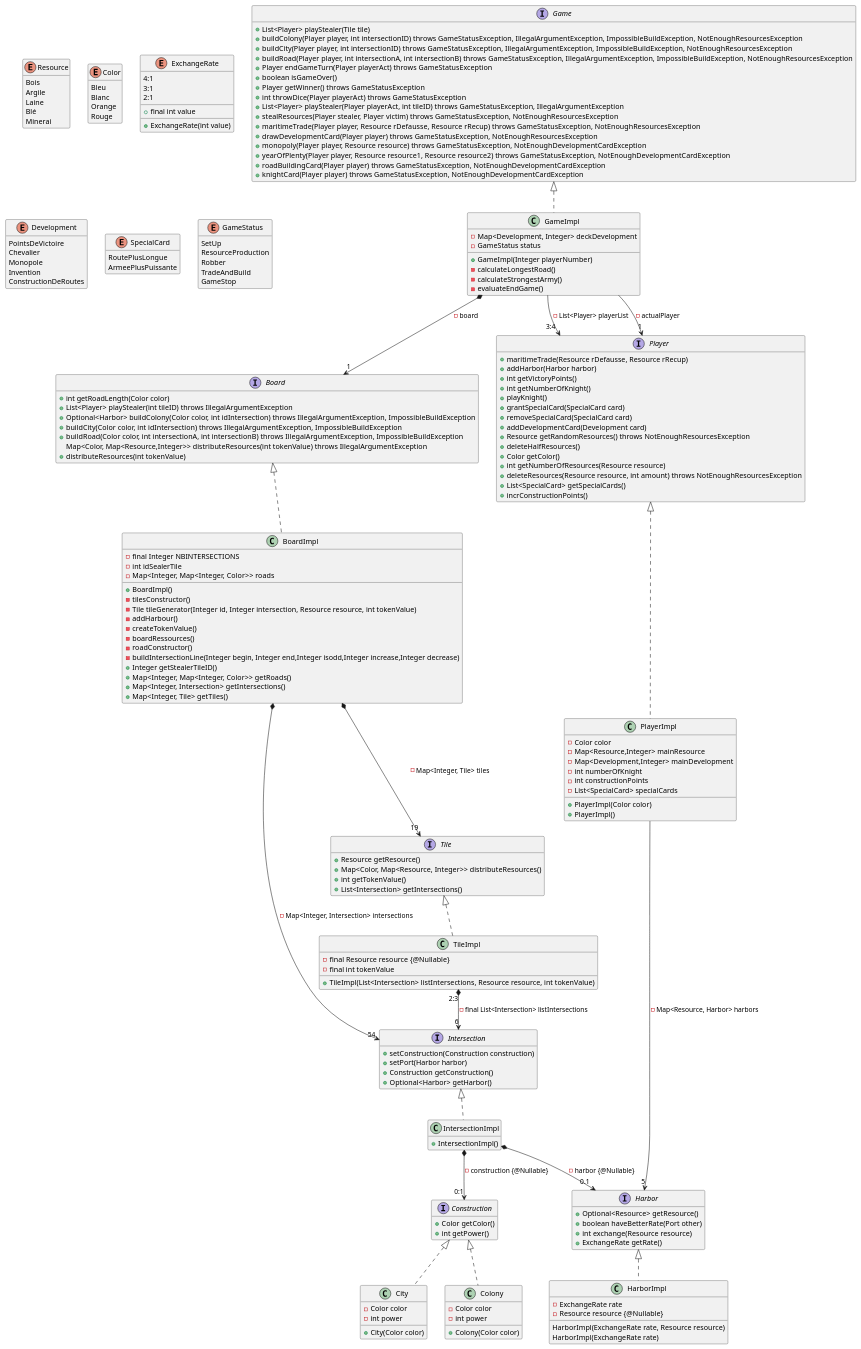
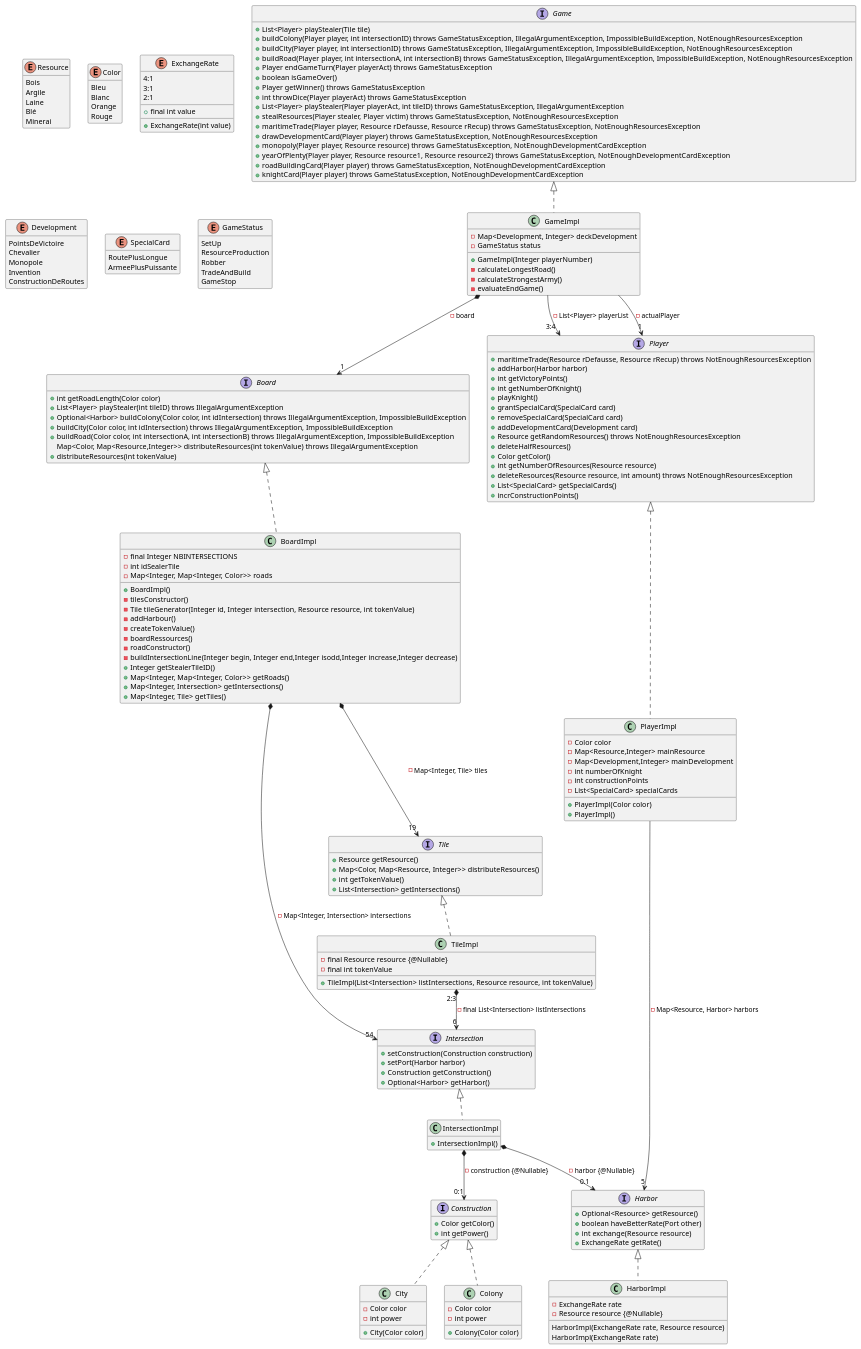
Before and after one commit to Lapin-Obez/colon_de_catane: the diagram in catan-doc/modules/conception/examples/gameClassDiag.plantuml, drawn with PlantUML. The commit also changed 1 other file, not shown here.

```diff
--- a/catan-doc/modules/conception/examples/gameClassDiag.plantuml
+++ b/catan-doc/modules/conception/examples/gameClassDiag.plantuml
@@ -144,7 +144,7 @@
 }
 
 interface Player {
-    + maritimeTrade(Resource rDefausse, Resource rRecup)
+    + maritimeTrade(Resource rDefausse, Resource rRecup) throws NotEnoughResourcesException
     + addHarbor(Harbor harbor)
     + int getVictoryPoints()
     + int getNumberOfKnight()
```
